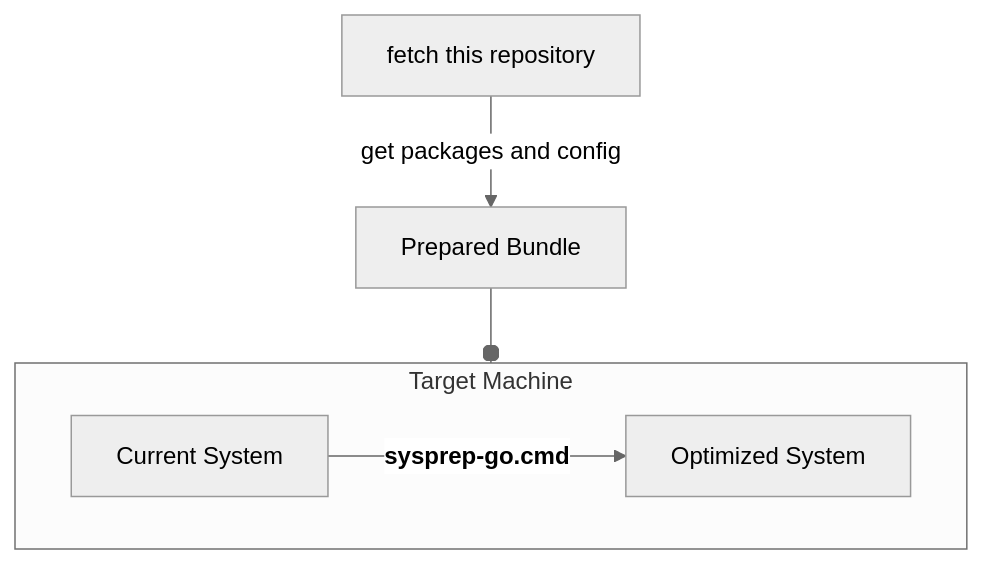
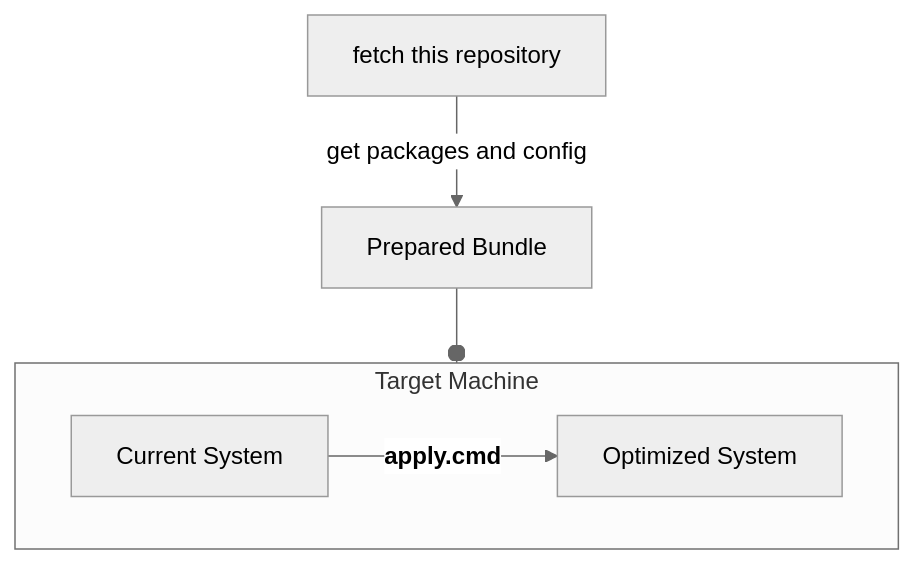
Before and after one commit to neo-sam/mysysprep: the second of 2 diagrams in README.md, drawn with Mermaid (neutral theme). The commit also changed other lines of this file and 30 other files, not shown here.

````diff
--- a/README.md
+++ b/README.md
@@ -41,8 +41,8 @@
 ```mermaid
 flowchart TB
   fetch[fetch this repository] -- get packages and config --> bundle[Prepared Bundle]
   subgraph config [Target Machine]
-      old[Current System] -- <b>sysprep-go.cmd</b> --> new[Optimized System]
+      old[Current System] -- <b>apply.cmd</b> --> new[Optimized System]
   end
   bundle --o config
 ```
````
